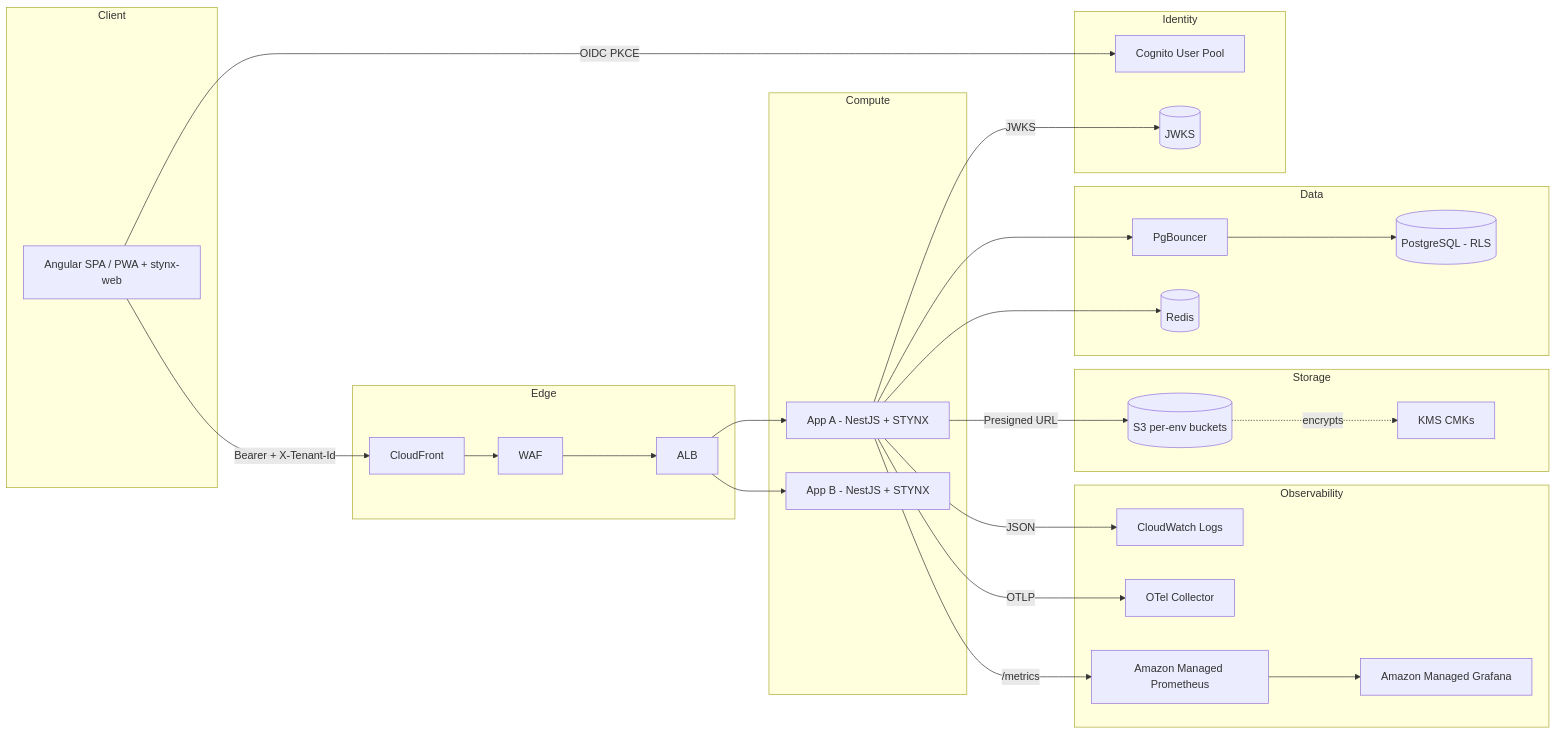
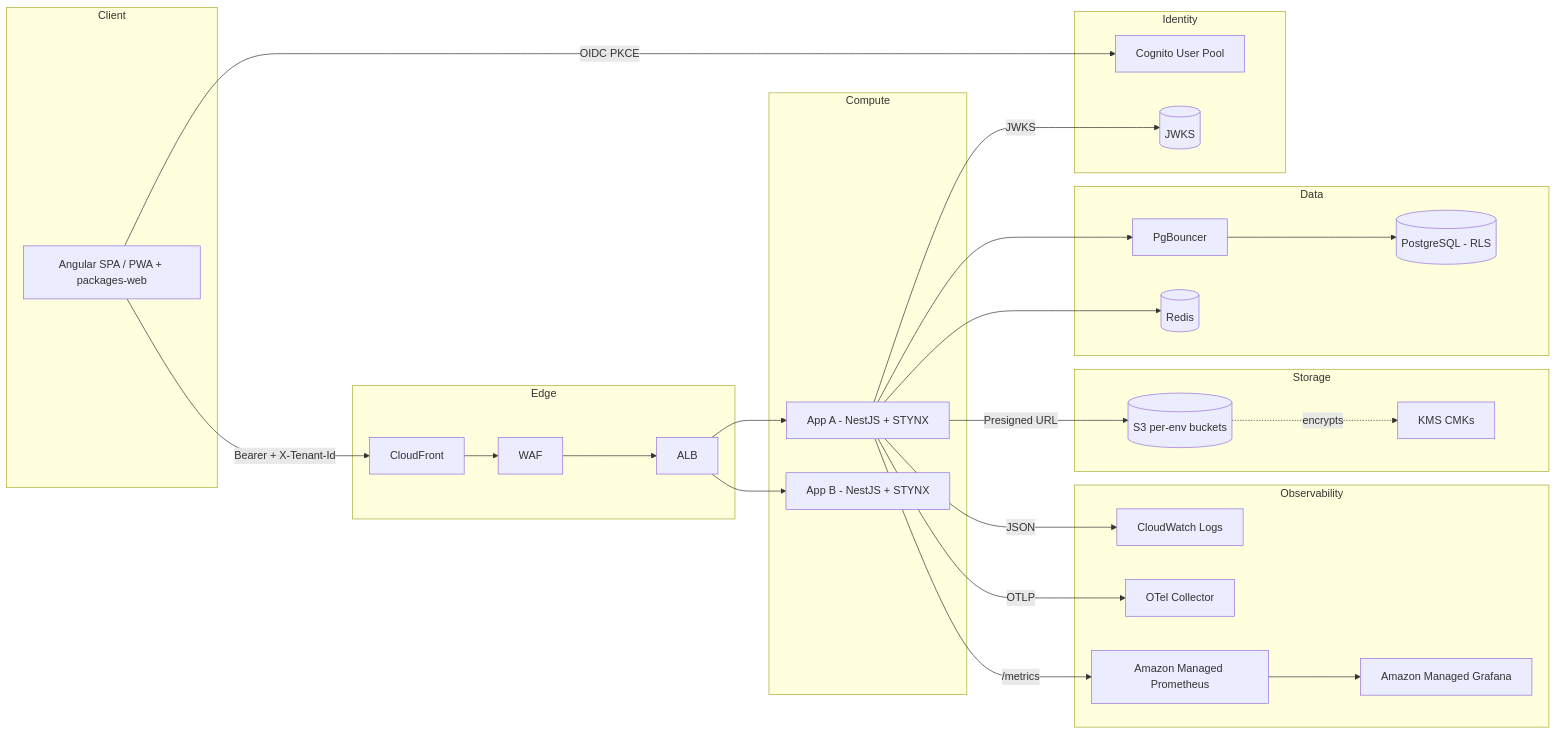
Before and after one commit to stynx-nyx/stynx: the first of 2 diagrams in docs/framework/arch/STYNX-SPEC-v0.6.md, drawn with Mermaid. The commit also changed other lines of this file and 1006 other files, not shown here.

First line of the commit message:
chore(scope): rename @stynx-web/* → @stynx-nyx/* for GitHub Packages org publish (#141)

````diff
--- a/docs/framework/arch/STYNX-SPEC-v0.6.md
+++ b/docs/framework/arch/STYNX-SPEC-v0.6.md
@@ -72,54 +72,54 @@
 ```mermaid
 flowchart LR
   subgraph Client
-    SPA[Angular SPA / PWA + stynx-web]
+    SPA[Angular SPA / PWA + packages-web]
   end
 
   subgraph Edge
     CF[CloudFront]
     WAF[WAF]
     ALB[ALB]
   end
 
   subgraph Compute
     APP1[App A - NestJS + STYNX]
     APP2[App B - NestJS + STYNX]
   end
 
   subgraph Identity
     COG[Cognito User Pool]
     JWKS[(JWKS)]
   end
 
   subgraph Data
     PG[(PostgreSQL - RLS)]
     PGB[PgBouncer]
     REDIS[(Redis)]
   end
 
   subgraph Storage
     S3[(S3 per-env buckets)]
     KMS[KMS CMKs]
   end
 
   subgraph Observability
     CWL[CloudWatch Logs]
     XRAY[OTel Collector]
     AMP[Amazon Managed Prometheus]
     AMG[Amazon Managed Grafana]
   end
 
   SPA -->|OIDC PKCE| COG
   SPA -->|Bearer + X-Tenant-Id| CF --> WAF --> ALB --> APP1
   ALB --> APP2
 
   APP1 -->|JWKS| JWKS
   APP1 --> PGB --> PG
   APP1 --> REDIS
   APP1 -->|Presigned URL| S3
   S3 -. encrypts .-> KMS
 
   APP1 -->|JSON| CWL
   APP1 -->|OTLP| XRAY
   APP1 -->|/metrics| AMP --> AMG
 ```
````
